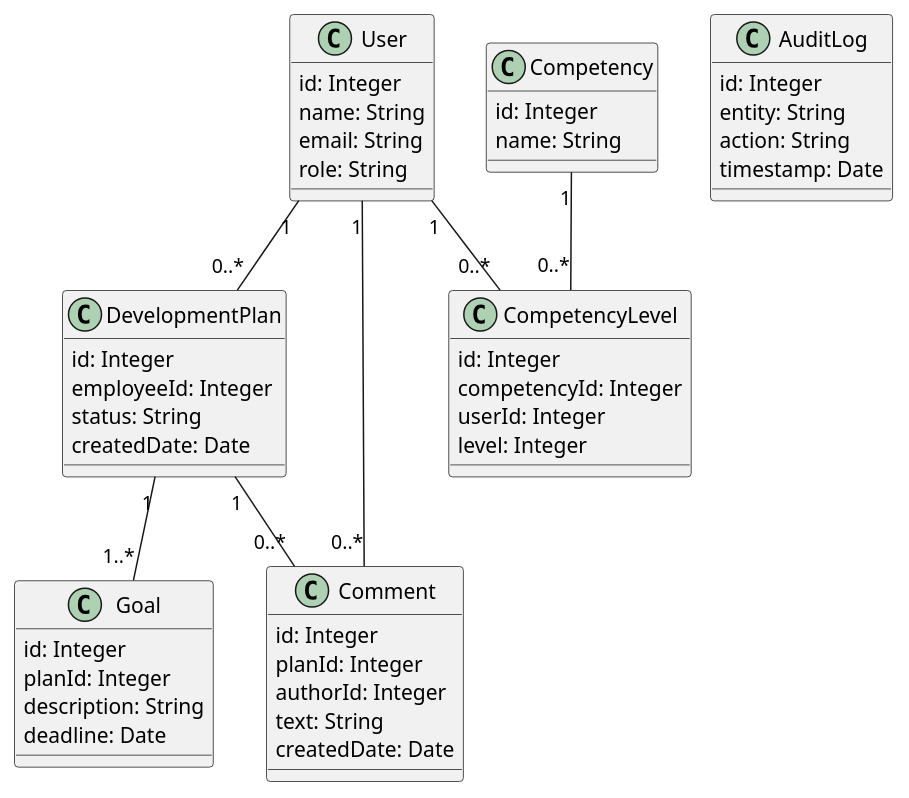
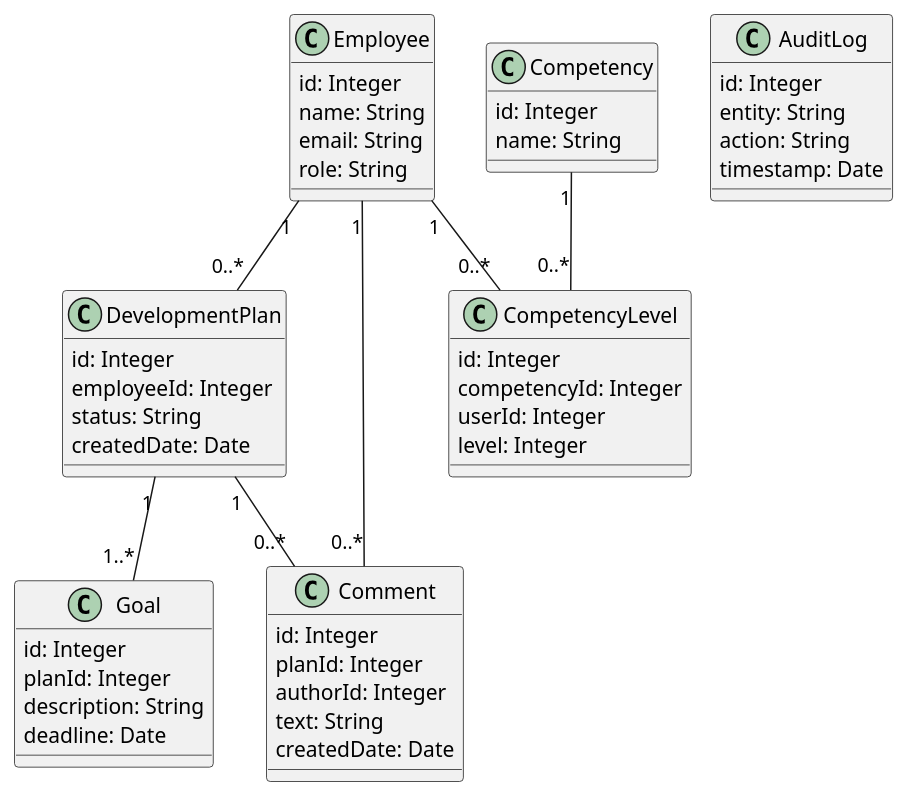
Before and after one commit to EugenMusihin/egmusikhin-arch-system: the diagram in Lab Work №3/src/database.puml, drawn with PlantUML. The commit also changed 35 other files, not shown here.

```diff
--- a/Lab Work №3/src/database.puml
+++ b/Lab Work №3/src/database.puml
@@ -1,56 +1,56 @@
 @startuml
-class User {
+class Employee {
   id: Integer
   name: String
   email: String
   role: String
 }
 
 class DevelopmentPlan {
   id: Integer
   employeeId: Integer
   status: String
   createdDate: Date
 }
 
 class Goal {
   id: Integer
   planId: Integer
   description: String
   deadline: Date
 }
 
 class Competency {
   id: Integer
   name: String
 }
 
 class CompetencyLevel {
   id: Integer
   competencyId: Integer
   userId: Integer
   level: Integer
 }
 
 class Comment {
   id: Integer
   planId: Integer
   authorId: Integer
   text: String
   createdDate: Date
 }
 
 class AuditLog {
   id: Integer
   entity: String
   action: String
   timestamp: Date
 }
 
-User "1" -- "0..*" DevelopmentPlan
+Employee "1" -- "0..*" DevelopmentPlan
 DevelopmentPlan "1" -- "1..*" Goal
-User "1" -- "0..*" Comment
+Employee "1" -- "0..*" Comment
 DevelopmentPlan "1" -- "0..*" Comment
 Competency "1" -- "0..*" CompetencyLevel
-User "1" -- "0..*" CompetencyLevel
+Employee "1" -- "0..*" CompetencyLevel
 @enduml
```
